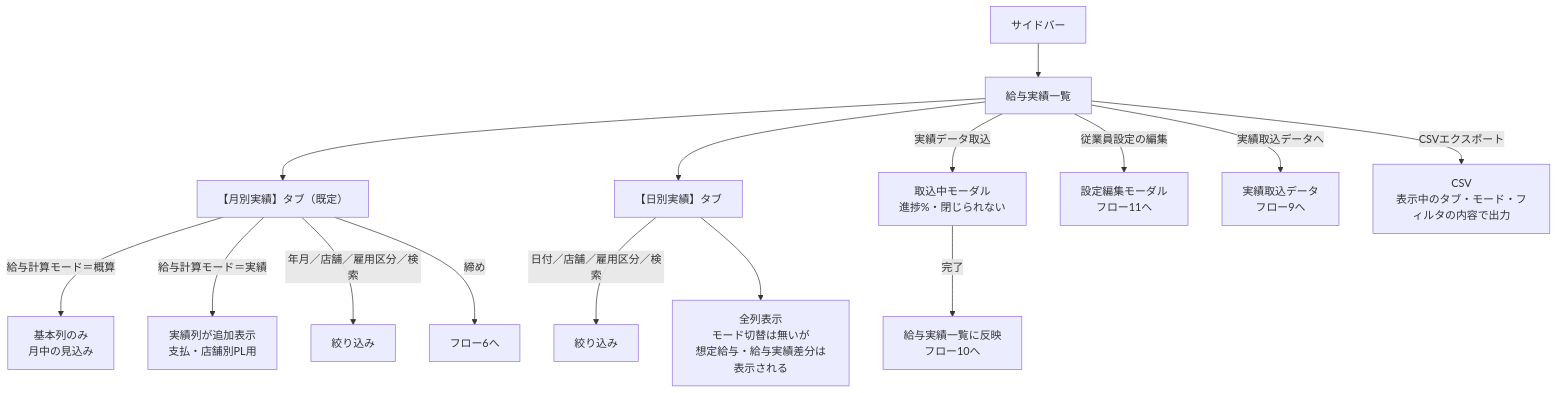
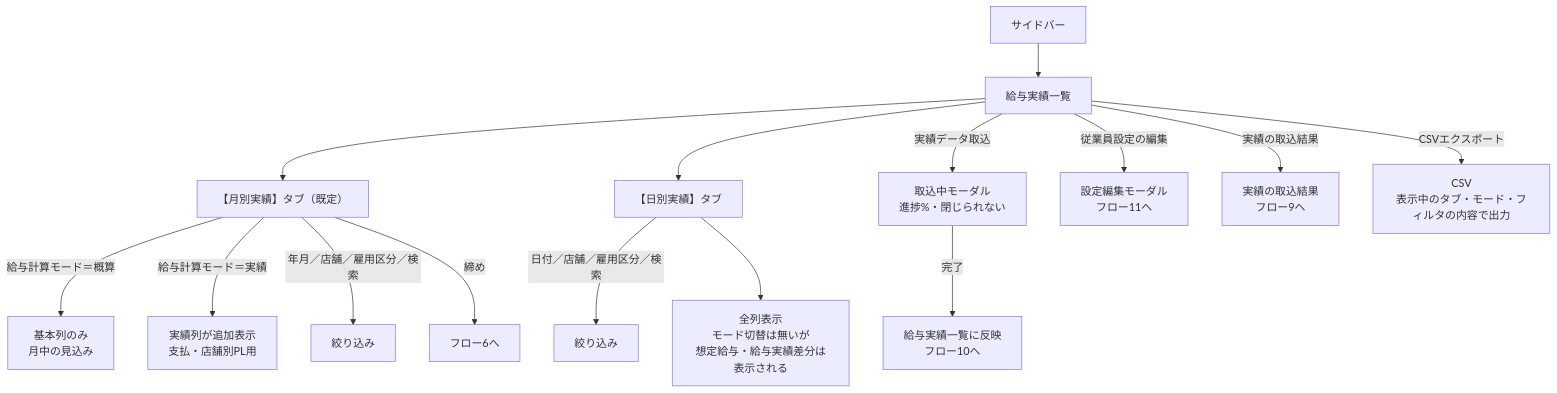
Before and after one commit to suguru789987/rakmy-employee-mgmt-spec: the sixth of 15 diagrams in 20260803_01_従業員管理_仕様書_PdM版.md, drawn with Mermaid. The commit also changed other lines of this file and 28 other files, not shown here.

````diff
--- a/20260803_01_従業員管理_仕様書_PdM版.md
+++ b/20260803_01_従業員管理_仕様書_PdM版.md
@@ -613,20 +654,20 @@
 ```mermaid
 flowchart TB
   SB["サイドバー"] --> LC["給与実績一覧"]
 
   LC --> T1["【月別実績】タブ（既定）"]
   T1 -->|"給与計算モード＝概算"| A["基本列のみ<br/>月中の見込み"]
   T1 -->|"給与計算モード＝実績"| B["実績列が追加表示<br/>支払・店舗別PL用"]
   T1 -->|"年月／店舗／雇用区分／検索"| C["絞り込み"]
   T1 -->|"締め"| D["フロー6へ"]
 
   LC --> T2["【日別実績】タブ"]
   T2 -->|"日付／店舗／雇用区分／検索"| E["絞り込み"]
   T2 --> F["全列表示<br/>モード切替は無いが<br/>想定給与・給与実績差分は表示される"]
 
   LC -->|"実績データ取込"| G["取込中モーダル<br/>進捗%・閉じられない"]
   G -->|"完了"| H["給与実績一覧に反映<br/>フロー10へ"]
   LC -->|"従業員設定の編集"| I["設定編集モーダル<br/>フロー11へ"]
-  LC -->|"実績取込データへ"| J["実績取込データ<br/>フロー9へ"]
+  LC -->|"実績の取込結果"| J["実績の取込結果<br/>フロー9へ"]
   LC -->|"CSVエクスポート"| K["CSV<br/>表示中のタブ・モード・フィルタの内容で出力"]
 ```
````
